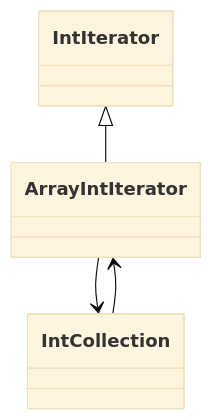
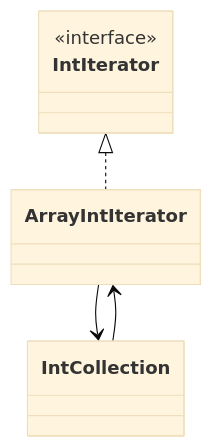
Before and after one commit to remideboer/pys: the second of 2 diagrams in examples/design_patterns/behavioral/iterator.md, drawn with Mermaid (base theme). The commit also changed 23 other files, not shown here.

````diff
--- a/examples/design_patterns/behavioral/iterator.md
+++ b/examples/design_patterns/behavioral/iterator.md
@@ -40,9 +40,11 @@
 ```mermaid
 classDiagram
-    class IntIterator
+    class IntIterator {
+        <<interface>>
+    }
     class ArrayIntIterator
     class IntCollection
-    IntIterator <|-- ArrayIntIterator
+    IntIterator <|.. ArrayIntIterator
     IntCollection --> ArrayIntIterator
     ArrayIntIterator --> IntCollection
 ```
````
